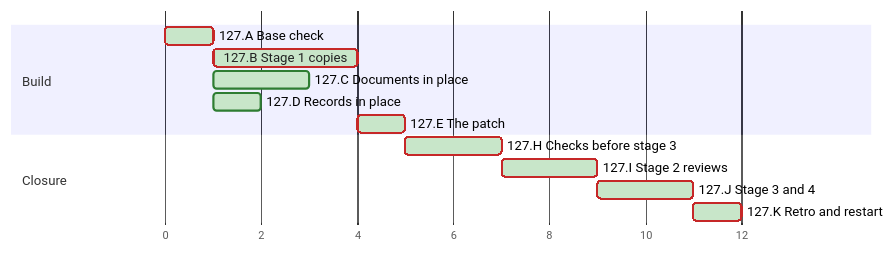
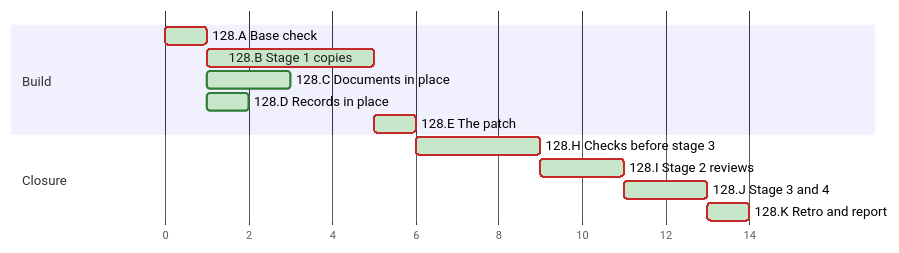
One commit to MatrixFounder/Agentic-development changed the diagram in docs/PLAN.md. Above: the diagram before and after it, drawn with Mermaid. The commit also changed other lines of this file and 28 other files, not shown here.

Commit message:
TASK 128 — A CI job runs the session state on Windows, and the six records of the TASK 127 retro close

````diff
--- a/docs/PLAN.md
+++ b/docs/PLAN.md
@@ -441,21 +553,21 @@
 ```mermaid
-%%{init: {"look": "classic", "themeVariables": {"doneTaskBkgColor": "#C8E6C9", "doneTaskBorderColor": "#2E7D32", "activeTaskBkgColor": "#FFF3C4", "activeTaskBorderColor": "#F9A825", "taskBkgColor": "#FFFFFF", "taskBorderColor": "#9E9E9E", "critBkgColor": "#FFFFFF", "critBorderColor": "#C62828", "taskTextColor": "#212121", "taskTextDarkColor": "#212121"}, "gantt": {"barHeight": 16, "barGap": 4, "topPadding": 50, "fontSize": 12, "sectionFontSize": 12, "numberSectionStyles": 2, "useWidth": 900, "leftPadding": 140, "rightPadding": 236}, "themeCSS": ".grid .tick line { stroke-opacity: 0.25; } .activeText0.taskTextOutsideRight, .activeText1.taskTextOutsideRight, .activeText2.taskTextOutsideRight, .activeText3.taskTextOutsideRight, .activeCritText0.taskTextOutsideRight, .activeCritText1.taskTextOutsideRight, .activeCritText2.taskTextOutsideRight, .activeCritText3.taskTextOutsideRight, .doneText0.taskTextOutsideRight, .doneText1.taskTextOutsideRight, .doneText2.taskTextOutsideRight, .doneText3.taskTextOutsideRight, .doneCritText0.taskTextOutsideRight, .doneCritText1.taskTextOutsideRight, .doneCritText2.taskTextOutsideRight, .doneCritText3.taskTextOutsideRight, .activeText0.taskTextOutsideLeft, .activeText1.taskTextOutsideLeft, .activeText2.taskTextOutsideLeft, .activeText3.taskTextOutsideLeft, .activeCritText0.taskTextOutsideLeft, .activeCritText1.taskTextOutsideLeft, .activeCritText2.taskTextOutsideLeft, .activeCritText3.taskTextOutsideLeft, .doneText0.taskTextOutsideLeft, .doneText1.taskTextOutsideLeft, .doneText2.taskTextOutsideLeft, .doneText3.taskTextOutsideLeft, .doneCritText0.taskTextOutsideLeft, .doneCritText1.taskTextOutsideLeft, .doneCritText2.taskTextOutsideLeft, .doneCritText3.taskTextOutsideLeft { fill: #ffffff !important; mix-blend-mode: difference; }"}}%%
+%%{init: {"look": "classic", "themeVariables": {"doneTaskBkgColor": "#C8E6C9", "doneTaskBorderColor": "#2E7D32", "activeTaskBkgColor": "#FFF3C4", "activeTaskBorderColor": "#F9A825", "taskBkgColor": "#FFFFFF", "taskBorderColor": "#9E9E9E", "critBkgColor": "#FFFFFF", "critBorderColor": "#C62828", "taskTextColor": "#212121", "taskTextDarkColor": "#212121"}, "gantt": {"barHeight": 16, "barGap": 4, "topPadding": 50, "fontSize": 12, "sectionFontSize": 12, "numberSectionStyles": 2, "useWidth": 900, "leftPadding": 140, "rightPadding": 229}, "themeCSS": ".grid .tick line { stroke-opacity: 0.25; } .activeText0.taskTextOutsideRight, .activeText1.taskTextOutsideRight, .activeText2.taskTextOutsideRight, .activeText3.taskTextOutsideRight, .activeCritText0.taskTextOutsideRight, .activeCritText1.taskTextOutsideRight, .activeCritText2.taskTextOutsideRight, .activeCritText3.taskTextOutsideRight, .doneText0.taskTextOutsideRight, .doneText1.taskTextOutsideRight, .doneText2.taskTextOutsideRight, .doneText3.taskTextOutsideRight, .doneCritText0.taskTextOutsideRight, .doneCritText1.taskTextOutsideRight, .doneCritText2.taskTextOutsideRight, .doneCritText3.taskTextOutsideRight, .activeText0.taskTextOutsideLeft, .activeText1.taskTextOutsideLeft, .activeText2.taskTextOutsideLeft, .activeText3.taskTextOutsideLeft, .activeCritText0.taskTextOutsideLeft, .activeCritText1.taskTextOutsideLeft, .activeCritText2.taskTextOutsideLeft, .activeCritText3.taskTextOutsideLeft, .doneText0.taskTextOutsideLeft, .doneText1.taskTextOutsideLeft, .doneText2.taskTextOutsideLeft, .doneText3.taskTextOutsideLeft, .doneCritText0.taskTextOutsideLeft, .doneCritText1.taskTextOutsideLeft, .doneCritText2.taskTextOutsideLeft, .doneCritText3.taskTextOutsideLeft { fill: #ffffff !important; mix-blend-mode: difference; }"}}%%
 gantt
   accTitle: Plan chart
   accDescr: Each bar starts when its last dependency ends and lasts its estimate, the axis counts estimate hours from the start, not dates.
   dateFormat x
   axisFormat %Q
   tickInterval 2millisecond
   todayMarker off
   section Build
-    127.A Base check:done, crit, t127xA, 0, 1ms
-    127.B Stage 1 copies:done, crit, t127xB, 1, 3ms
-    127.C Documents in place:done, t127xC, 1, 2ms
-    127.D Records in place:done, t127xD, 1, 1ms
-    127.E The patch:done, crit, t127xE, 4, 1ms
+    128.A Base check:done, crit, t128xA, 0, 1ms
+    128.B Stage 1 copies:done, crit, t128xB, 1, 4ms
+    128.C Documents in place:done, t128xC, 1, 2ms
+    128.D Records in place:done, t128xD, 1, 1ms
+    128.E The patch:done, crit, t128xE, 5, 1ms
   section Closure
-    127.H Checks before stage 3:done, crit, t127xH, 5, 2ms
-    127.I Stage 2 reviews:done, crit, t127xI, 7, 2ms
-    127.J Stage 3 and 4:done, crit, t127xJ, 9, 2ms
-    127.K Retro and restart:done, crit, t127xK, 11, 1ms
+    128.H Checks before stage 3:done, crit, t128xH, 6, 3ms
+    128.I Stage 2 reviews:done, crit, t128xI, 9, 2ms
+    128.J Stage 3 and 4:done, crit, t128xJ, 11, 2ms
+    128.K Retro and report:done, crit, t128xK, 13, 1ms
 ```
````
